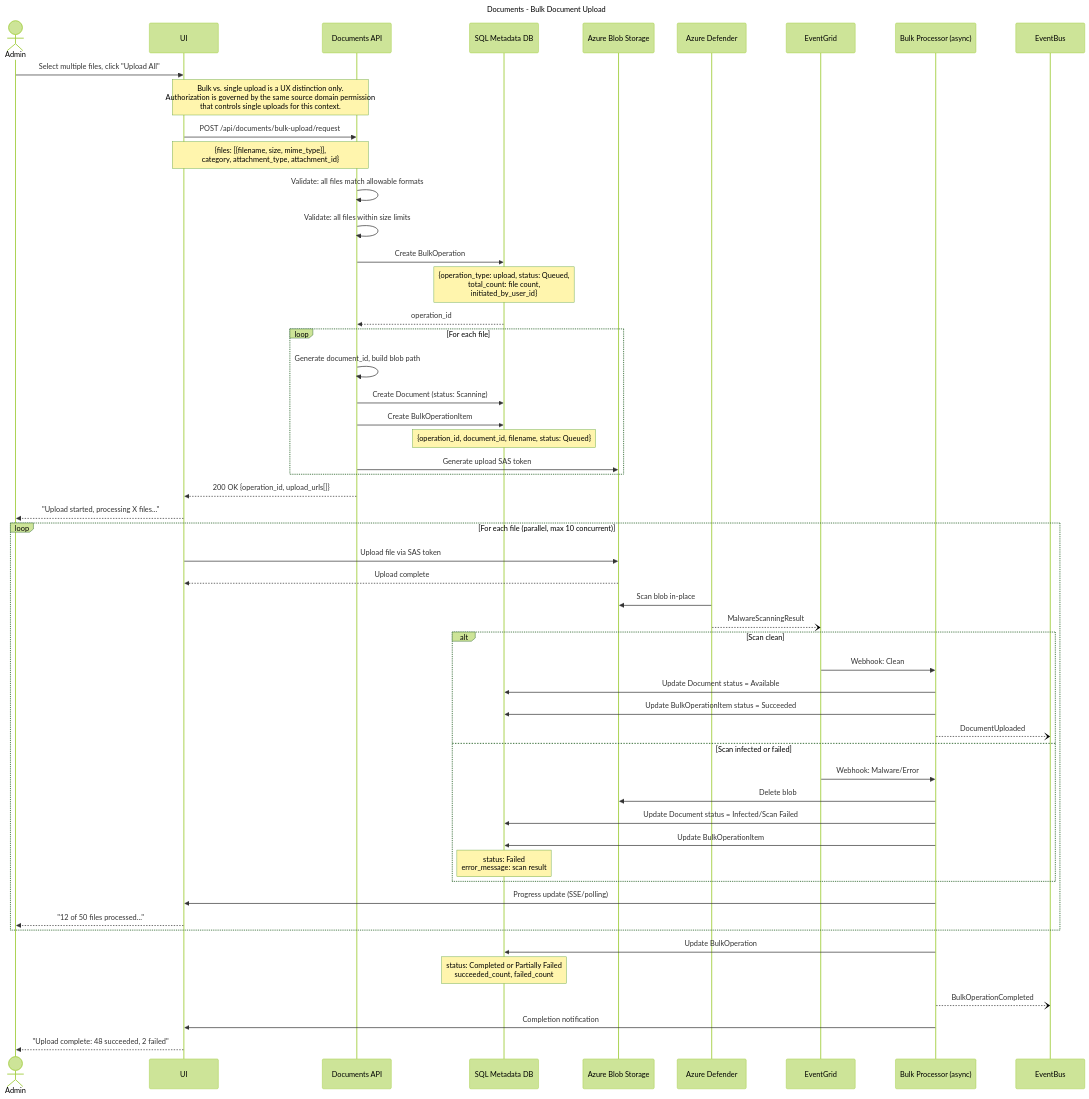
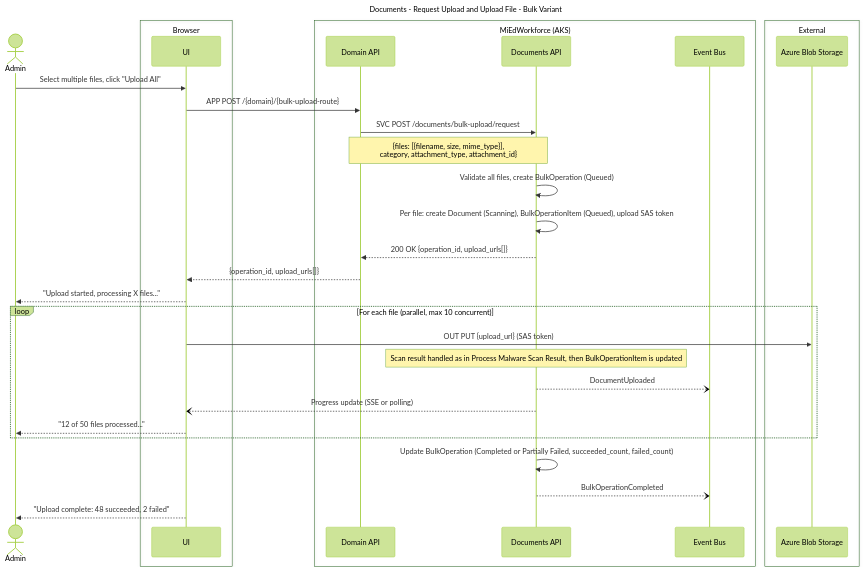
Before and after one commit to mnichols-dl/mied-design: the ninth of 16 diagrams in working-docs/solution-areas/documents/documents-sequences.md, drawn with Mermaid (forest theme). The commit also changed other lines of this file and 34 other files, not shown here.

Commit message:
Update sequences and perform RTM assessment

````diff
--- a/working-docs/solution-areas/documents/documents-sequences.md
+++ b/working-docs/solution-areas/documents/documents-sequences.md
@@ -497,69 +490,41 @@
 ```mermaid
 ---
-title: Documents - Bulk Document Upload
+title: Documents - Request Upload and Upload File - Bulk Variant
 ---
 sequenceDiagram
     actor Admin
+    box Browser
     participant UI
-    participant DocsAPI as Documents API
-    participant MetadataDB as SQL Metadata DB
+    end
+    box MiEdWorkforce (AKS)
+    participant DomainApi as Domain API
+    participant DocsApi as Documents API
+    participant EventBus as Event Bus
+    end
+    box External
     participant BlobStorage as Azure Blob Storage
-    participant Defender as Azure Defender
-    participant EventGrid
-    participant BulkProcessor as Bulk Processor (async)
-    participant EventBus
-    
+    end
+
     Admin->>UI: Select multiple files, click "Upload All"
-    Note over UI,DocsAPI: Bulk vs. single upload is a UX distinction only.<br/>Authorization is governed by the same source domain permission<br/>that controls single uploads for this context.
-    UI->>DocsAPI: POST /api/documents/bulk-upload/request
-    Note over UI,DocsAPI: {files: [{filename, size, mime_type}],<br/>category, attachment_type, attachment_id}
-    
-    DocsAPI->>DocsAPI: Validate: all files match allowable formats
-    DocsAPI->>DocsAPI: Validate: all files within size limits
-    
-    DocsAPI->>MetadataDB: Create BulkOperation
-    Note over MetadataDB: {operation_type: upload, status: Queued,<br/>total_count: file count,<br/>initiated_by_user_id}
-    MetadataDB-->>DocsAPI: operation_id
-    
-    loop For each file
-        DocsAPI->>DocsAPI: Generate document_id, build blob path
-        DocsAPI->>MetadataDB: Create Document (status: Scanning)
-        DocsAPI->>MetadataDB: Create BulkOperationItem
-        Note over MetadataDB: {operation_id, document_id, filename, status: Queued}
-        DocsAPI->>BlobStorage: Generate upload SAS token
-    end
-    
-    DocsAPI-->>UI: 200 OK {operation_id, upload_urls[]}
+    UI->>DomainApi: APP POST /{domain}/{bulk-upload-route}
+    DomainApi->>DocsApi: SVC POST /documents/bulk-upload/request
+    Note over DomainApi,DocsApi: {files: [{filename, size, mime_type}],<br/>category, attachment_type, attachment_id}
+
+    DocsApi->>DocsApi: Validate all files, create BulkOperation (Queued)
+    DocsApi->>DocsApi: Per file: create Document (Scanning), BulkOperationItem (Queued), upload SAS token
+    DocsApi-->>DomainApi: 200 OK {operation_id, upload_urls[]}
+    DomainApi-->>UI: {operation_id, upload_urls[]}
     UI-->>Admin: "Upload started, processing X files..."
-    
+
     loop For each file (parallel, max 10 concurrent)
-        UI->>BlobStorage: Upload file via SAS token
-        BlobStorage-->>UI: Upload complete
-        
-        Defender->>BlobStorage: Scan blob in-place
-        Defender--)EventGrid: MalwareScanningResult
-        
-        alt Scan clean
-            EventGrid->>BulkProcessor: Webhook: Clean
-            BulkProcessor->>MetadataDB: Update Document status = Available
-            BulkProcessor->>MetadataDB: Update BulkOperationItem status = Succeeded
-            BulkProcessor--)EventBus: DocumentUploaded
-        else Scan infected or failed
-            EventGrid->>BulkProcessor: Webhook: Malware/Error
-            BulkProcessor->>BlobStorage: Delete blob
-            BulkProcessor->>MetadataDB: Update Document status = Infected/Scan Failed
-            BulkProcessor->>MetadataDB: Update BulkOperationItem
-            Note over MetadataDB: status: Failed<br/>error_message: scan result
-        end
-        
-        BulkProcessor->>UI: Progress update (SSE/polling)
+        UI->>BlobStorage: OUT PUT {upload_url} (SAS token)
+        Note over DocsApi: Scan result handled as in Process Malware Scan Result, then BulkOperationItem is updated
+        DocsApi--)EventBus: DocumentUploaded
+        DocsApi--)UI: Progress update (SSE or polling)
         UI-->>Admin: "12 of 50 files processed..."
     end
-    
-    BulkProcessor->>MetadataDB: Update BulkOperation
-    Note over MetadataDB: status: Completed or Partially Failed<br/>succeeded_count, failed_count
-    
-    BulkProcessor--)EventBus: BulkOperationCompleted
-    BulkProcessor->>UI: Completion notification
+
+    DocsApi->>DocsApi: Update BulkOperation (Completed or Partially Failed, succeeded_count, failed_count)
+    DocsApi--)EventBus: BulkOperationCompleted
     UI-->>Admin: "Upload complete: 48 succeeded, 2 failed"
 ```
````
